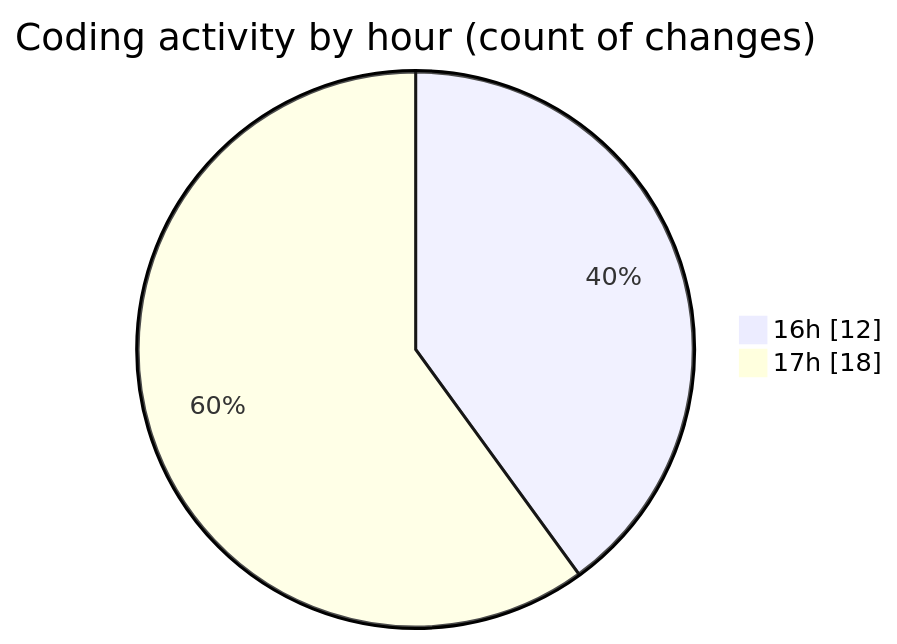
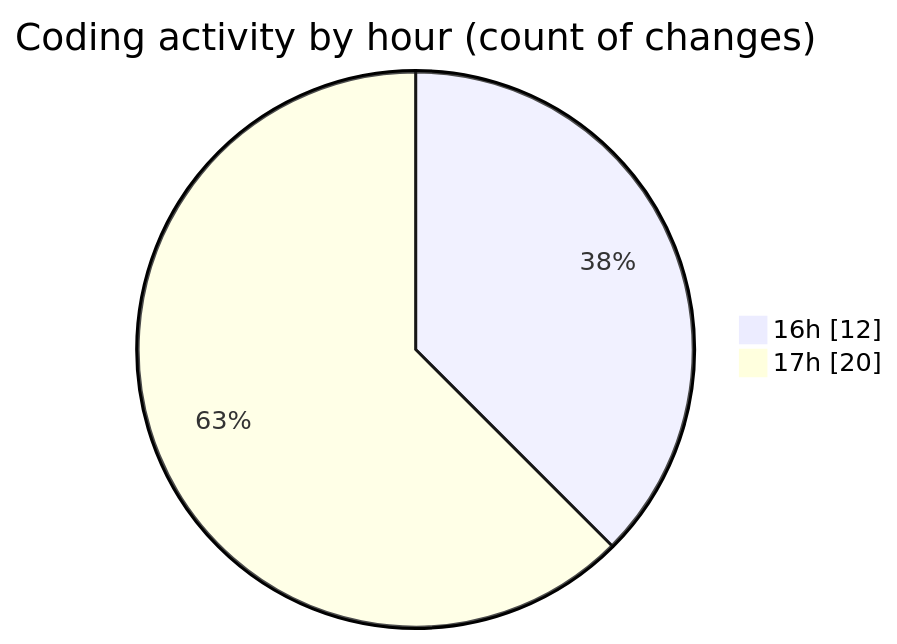
Before and after one commit to EIIisD/code-tracking: the second of 2 diagrams in 2025-08-05/tw-server/README.md, drawn with Mermaid. The commit also changed other lines of this file and 1 other file, not shown here.

````diff
--- a/2025-08-05/tw-server/README.md
+++ b/2025-08-05/tw-server/README.md
@@ -38,6 +38,6 @@
 ```mermaid
 pie showData
 title Coding activity by hour (count of changes)
 "16h" : 12
-"17h" : 18
+"17h" : 20
 ```
````
